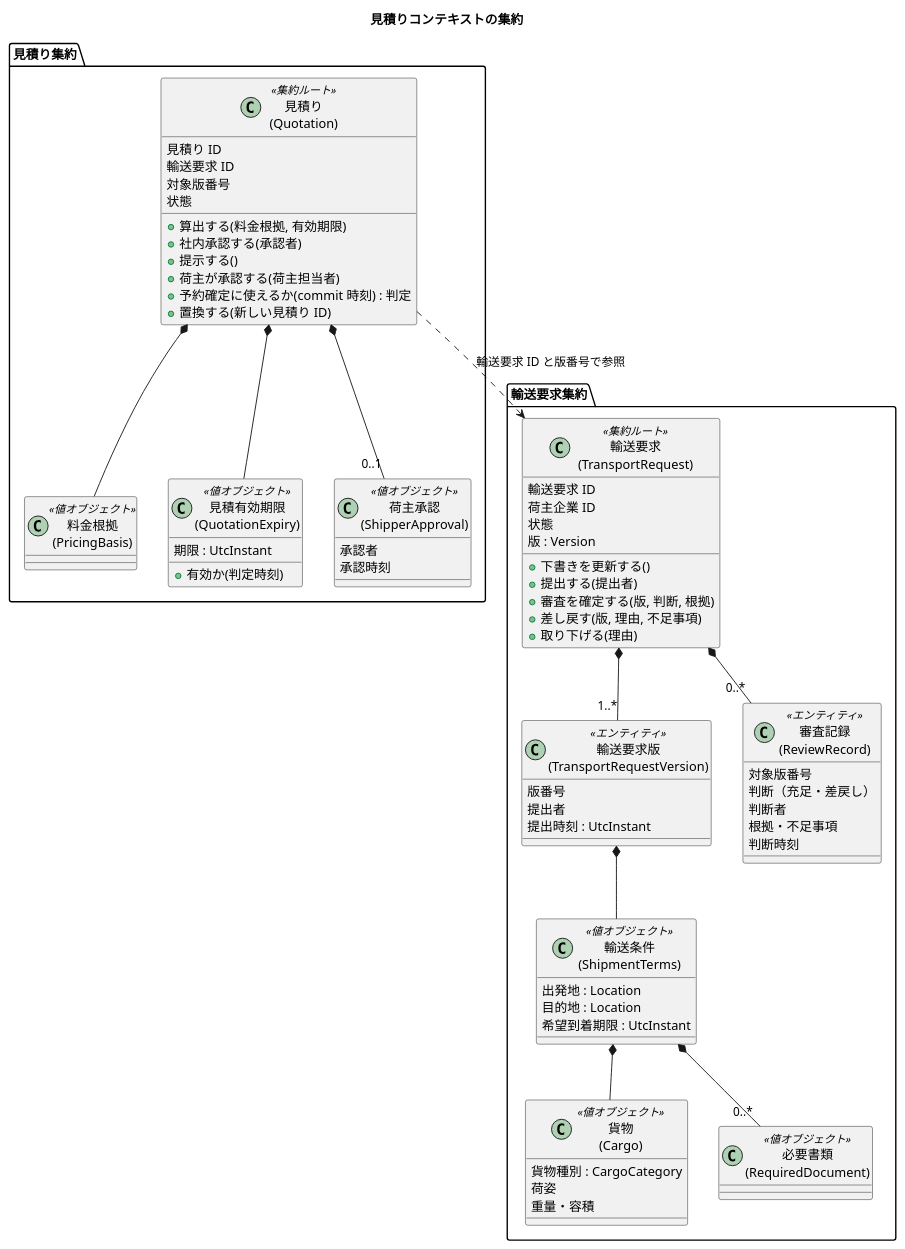
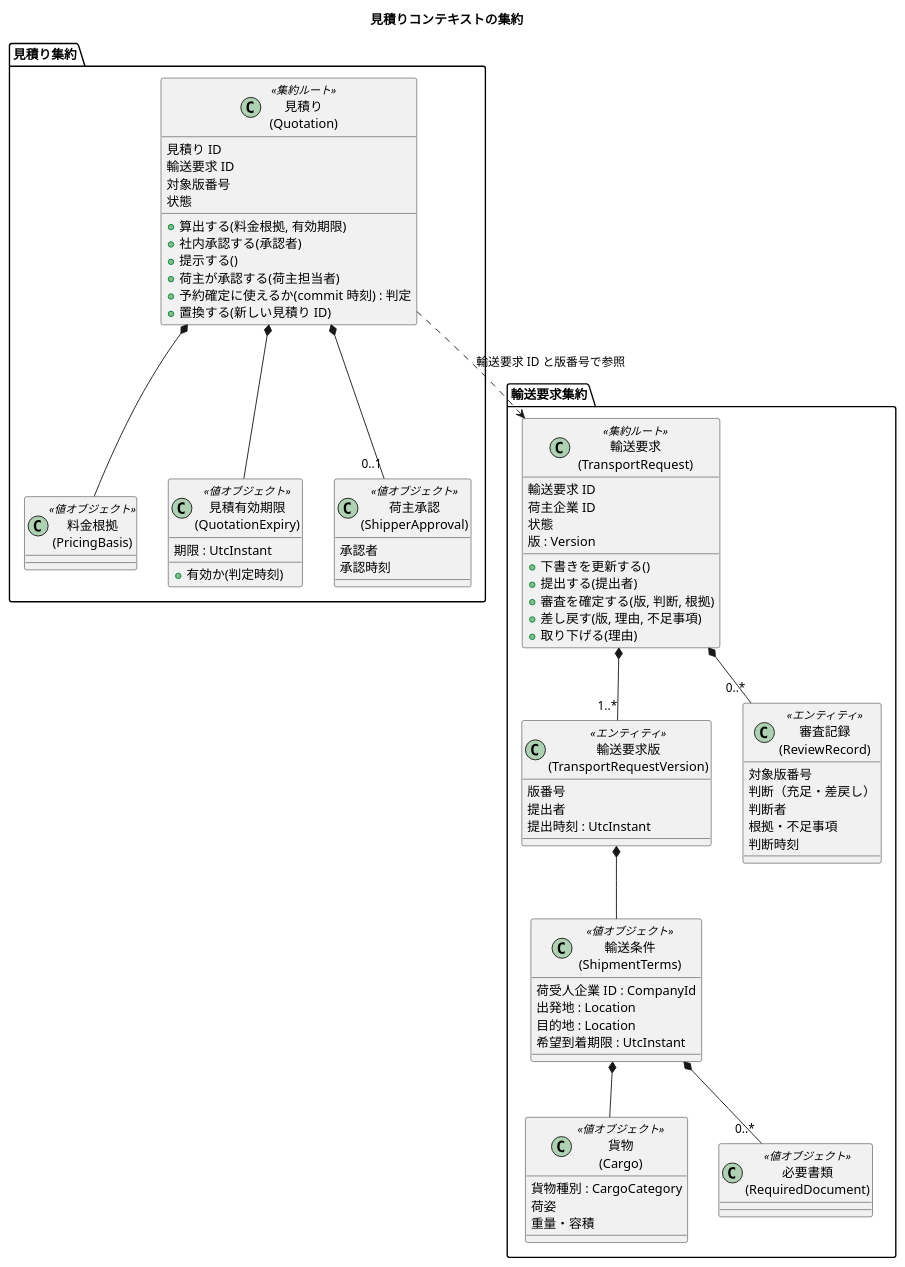
The third of 15 diagrams in docs/design/cargo-tracker/domain_model.md (k2works/practical-domain-driven-design-in-enterpris-application), drawn with PlantUML before and after one commit. The commit also changed other lines of this file and 9 other files, not shown here.

````diff
--- a/docs/design/cargo-tracker/domain_model.md
+++ b/docs/design/cargo-tracker/domain_model.md
@@ -172,73 +173,74 @@
 ```plantuml
 @startuml
 title 見積りコンテキストの集約
 package "輸送要求集約" {
   class "輸送要求\n(TransportRequest)" as TR <<集約ルート>> {
     輸送要求 ID
     荷主企業 ID
     状態
     版 : Version
     + 下書きを更新する()
     + 提出する(提出者)
     + 審査を確定する(版, 判断, 根拠)
     + 差し戻す(版, 理由, 不足事項)
     + 取り下げる(理由)
   }
   class "輸送要求版\n(TransportRequestVersion)" as TRV <<エンティティ>> {
     版番号
     提出者
     提出時刻 : UtcInstant
   }
   class "輸送条件\n(ShipmentTerms)" as Terms <<値オブジェクト>> {
+    荷受人企業 ID : CompanyId
     出発地 : Location
     目的地 : Location
     希望到着期限 : UtcInstant
   }
   class "貨物\n(Cargo)" as Cargo <<値オブジェクト>> {
     貨物種別 : CargoCategory
     荷姿
     重量・容積
   }
   class "必要書類\n(RequiredDocument)" as Doc <<値オブジェクト>>
   class "審査記録\n(ReviewRecord)" as Review <<エンティティ>> {
     対象版番号
     判断（充足・差戻し）
     判断者
     根拠・不足事項
     判断時刻
   }
   TR *-- "1..*" TRV
   TRV *-- Terms
   Terms *-- Cargo
   Terms *-- "0..*" Doc
   TR *-- "0..*" Review
 }
 package "見積り集約" {
   class "見積り\n(Quotation)" as Q <<集約ルート>> {
     見積り ID
     輸送要求 ID
     対象版番号
     状態
     + 算出する(料金根拠, 有効期限)
     + 社内承認する(承認者)
     + 提示する()
     + 荷主が承認する(荷主担当者)
     + 予約確定に使えるか(commit 時刻) : 判定
     + 置換する(新しい見積り ID)
   }
   class "料金根拠\n(PricingBasis)" as PB <<値オブジェクト>>
   class "見積有効期限\n(QuotationExpiry)" as Exp <<値オブジェクト>> {
     期限 : UtcInstant
     + 有効か(判定時刻)
   }
   class "荷主承認\n(ShipperApproval)" as SA <<値オブジェクト>> {
     承認者
     承認時刻
   }
   Q *-- PB
   Q *-- Exp
   Q *-- "0..1" SA
 }
 Q ..> TR : 輸送要求 ID と版番号で参照
 @enduml
 ```
````
